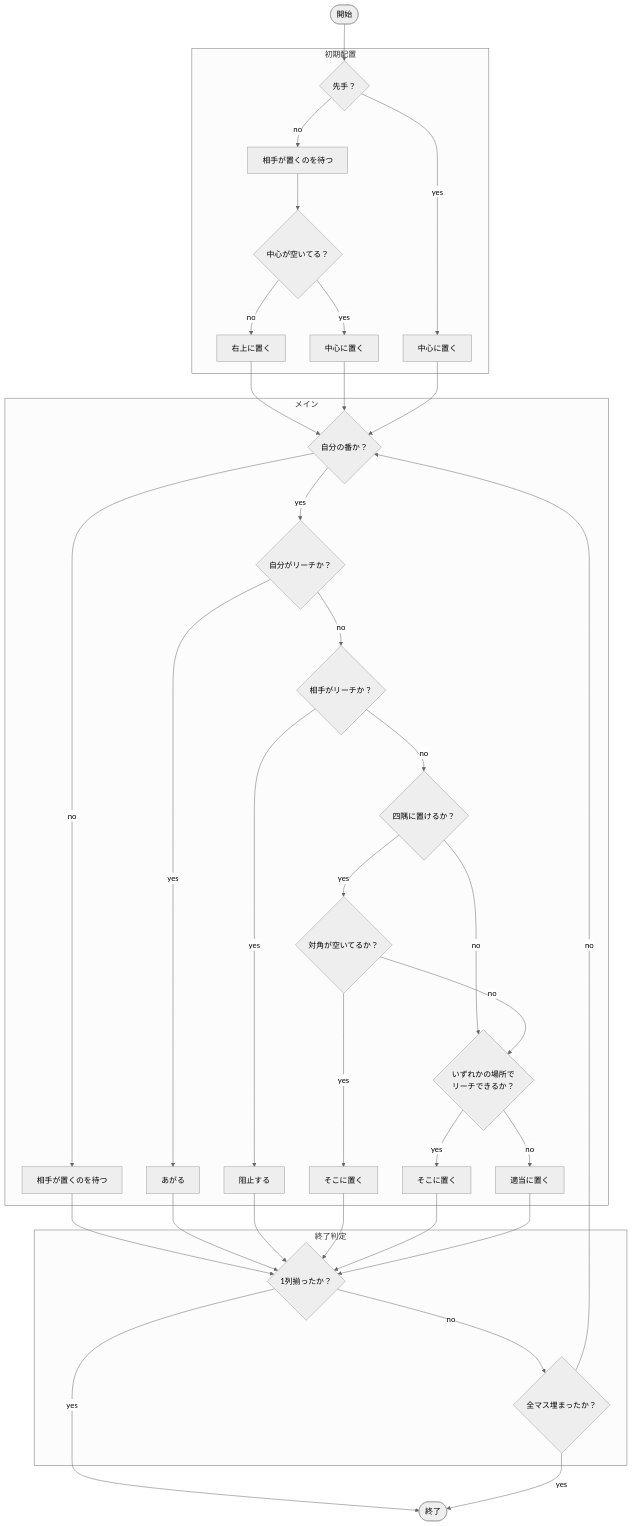
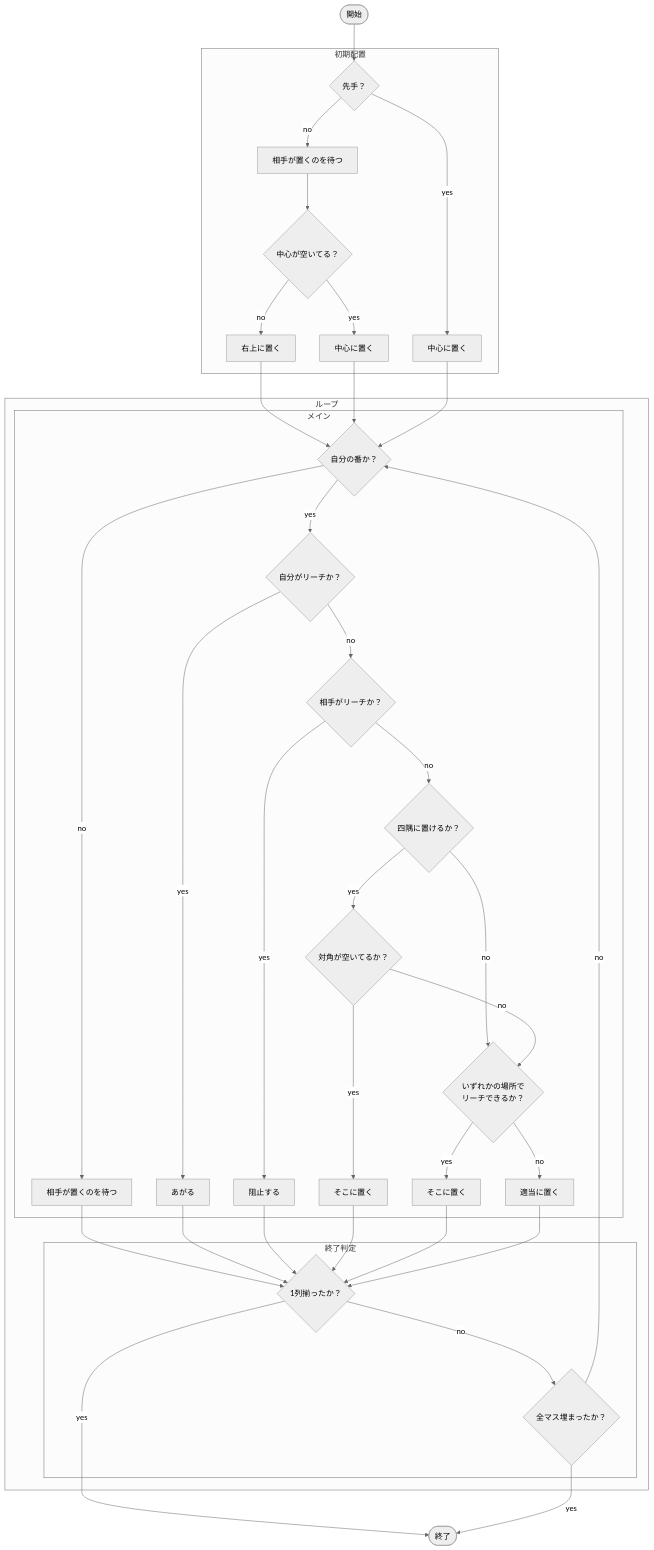
Before and after one commit to tpu-game-2023/mermaid_test: the first of 3 diagrams in mermaid_test.md, drawn with Mermaid (neutral theme).

````diff
--- a/mermaid_test.md
+++ b/mermaid_test.md
@@ -6,51 +6,53 @@
 ```mermaid
 flowchart TD;
 start([開始]) --> Q1{"先手？"};
 
 subgraph "初期配置"
   Q1 -- yes --> f1[中心に置く];
   Q1 -- no --> f2[相手が置くのを待つ];
   f2 --> Q2{"中心が空いてる？"};
   Q2 -- yes --> f3[中心に置く];
   Q2 -- no --> f4[右上に置く];
 end
 
 f4 --> Q3{"自分の番か？"};
 f3 --> Q3;
 f1 --> Q3;
 
-subgraph "メイン"
-  Q3 -- no --> m1[相手が置くのを待つ];
-  
-  Q3 -- yes --> Q4{"自分がリーチか？"};
-  Q4 -- yes --> m2[あがる];
-  Q4 -- no --> Q5{"相手がリーチか？"};
-  Q5 -- yes --> m3[阻止する];
-  
-  Q5 -- no --> Q6{"四隅に置けるか？"};
-  Q6 -- yes --> Q7{"対角が空いてるか？"};
-  Q7 -- yes --> m4[そこに置く];
-  
-  Q6 -- no --> Q8{"いずれかの場所で
-                   リーチできるか？"};
-  Q7 -- no --> Q8;
-  
-  Q8 -- yes --> m5[そこに置く];
-  Q8 -- no --> m6[適当に置く];
-end
+subgraph "ループ"
+  subgraph "メイン"
+    Q3 -- no --> m1[相手が置くのを待つ];
 
-m1 --> Q9{"1列揃ったか？"};
-m2 --> Q9;
-m3 --> Q9;
-m4 --> Q9;
-m5 --> Q9;
-m6 --> Q9;
+    Q3 -- yes --> Q4{"自分がリーチか？"};
+    Q4 -- yes --> m2[あがる];
+    Q4 -- no --> Q5{"相手がリーチか？"};
+    Q5 -- yes --> m3[阻止する];
 
-subgraph "終了判定"
-  Q9 -- no --> Q10{"全マス埋まったか？"};
-  Q10 -- no --> Q3;
+    Q5 -- no --> Q6{"四隅に置けるか？"};
+    Q6 -- yes --> Q7{"対角が空いてるか？"};
+    Q7 -- yes --> m4[そこに置く];
+
+    Q6 -- no --> Q8{"いずれかの場所で
+                     リーチできるか？"};
+    Q7 -- no --> Q8;
+
+    Q8 -- yes --> m5[そこに置く];
+    Q8 -- no --> m6[適当に置く];
+  end
+
+  m1 --> Q9{"1列揃ったか？"};
+  m2 --> Q9;
+  m3 --> Q9;
+  m4 --> Q9;
+  m5 --> Q9;
+  m6 --> Q9;
+
+  subgraph "終了判定"
+    Q9 -- no --> Q10{"全マス埋まったか？"};
+    Q10 -- no --> Q3;
+  end
 end
 
 Q9 -- yes --> finish([終了])
 Q10 -- yes --> finish;
 ```
````
